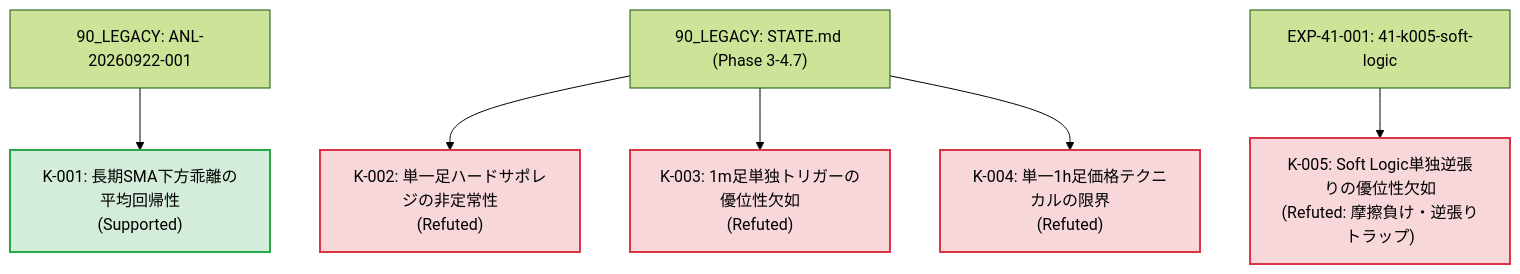
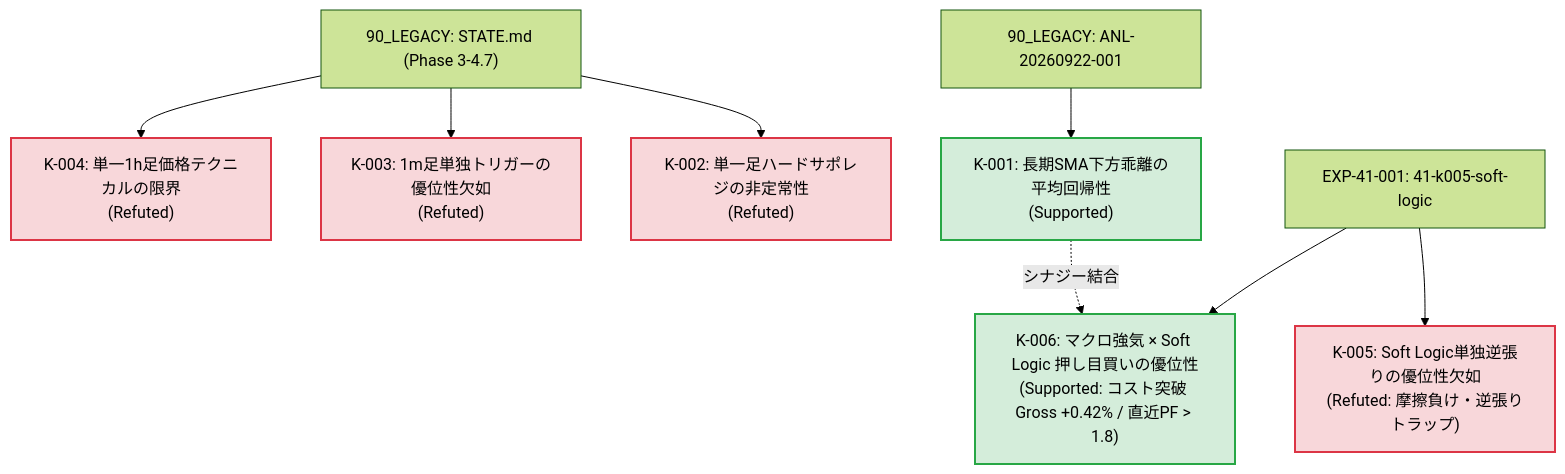
Before and after one commit to makagi/MTF_AI_Trade: the diagram in 03_KNOWLEDGE/knowledge-lineage.md, drawn with Mermaid (forest theme). The commit also changed other lines of this file and 3 other files, not shown here.

````diff
--- a/03_KNOWLEDGE/knowledge-lineage.md
+++ b/03_KNOWLEDGE/knowledge-lineage.md
@@ -28,18 +28,21 @@
 ```mermaid
 graph TD
     classDef supported fill:#d4edda,stroke:#28a745,stroke-width:2px;
     classDef refuted fill:#f8d7da,stroke:#dc3545,stroke-width:2px;
     classDef inconclusive fill:#fff3cd,stroke:#ffc107,stroke-width:2px;
 
     K001["K-001: 長期SMA下方乖離の平均回帰性<br/>(Supported)"]:::supported
     K002["K-002: 単一足ハードサポレジの非定常性<br/>(Refuted)"]:::refuted
     K003["K-003: 1m足単独トリガーの優位性欠如<br/>(Refuted)"]:::refuted
     K004["K-004: 単一1h足価格テクニカルの限界<br/>(Refuted)"]:::refuted
     K005["K-005: Soft Logic単独逆張りの優位性欠如<br/>(Refuted: 摩擦負け・逆張りトラップ)"]:::refuted
+    K006["K-006: マクロ強気 × Soft Logic 押し目買いの優位性<br/>(Supported: コスト突破 Gross +0.42% / 直近PF > 1.8)"]:::supported
 
     LEG_ANL1["90_LEGACY: ANL-20260922-001"] --> K001
     LEG_STATE["90_LEGACY: STATE.md (Phase 3-4.7)"] --> K002
     LEG_STATE --> K003
     LEG_STATE --> K004
     EXP041["EXP-41-001: 41-k005-soft-logic"] --> K005
+    EXP041 --> K006
+    K001 -.->|シナジー結合| K006
 ```
````
